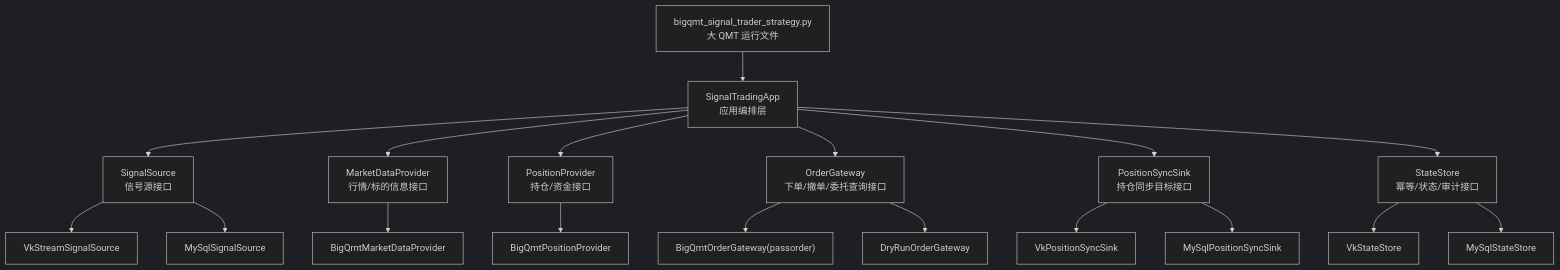
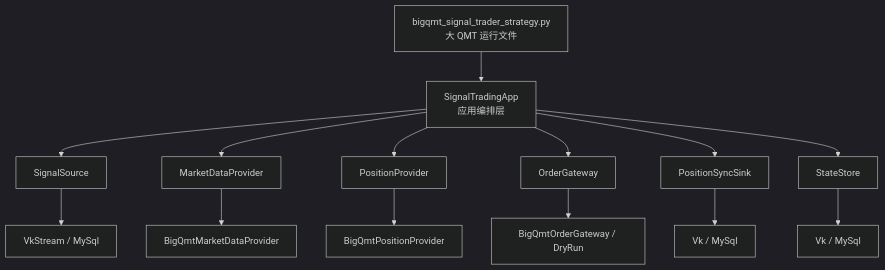
One commit to evilpapa/xtquant-big-convert changed the second of 3 diagrams in docs/BIGQMT_SIGNAL_TRADER_PLAN.md. Above: the diagram before and after it, drawn with Mermaid (dark theme). The commit also changed other lines of this file and 50 other files, not shown here.

````diff
--- a/docs/BIGQMT_SIGNAL_TRADER_PLAN.md
+++ b/docs/BIGQMT_SIGNAL_TRADER_PLAN.md
@@ -85,20 +36,10 @@
 ```mermaid
 flowchart TB
     R["bigqmt_signal_trader_strategy.py\n大 QMT 运行文件"] --> A["SignalTradingApp\n应用编排层"]
-    A --> S["SignalSource\n信号源接口"]
-    A --> M["MarketDataProvider\n行情/标的信息接口"]
-    A --> P["PositionProvider\n持仓/资金接口"]
-    A --> O["OrderGateway\n下单/撤单/委托查询接口"]
-    A --> Y["PositionSyncSink\n持仓同步目标接口"]
-    A --> T["StateStore\n幂等/状态/审计接口"]
-    S --> S1["VkStreamSignalSource"]
-    S --> S2["MySqlSignalSource"]
-    M --> M1["BigQmtMarketDataProvider"]
-    P --> P1["BigQmtPositionProvider"]
-    O --> O1["BigQmtOrderGateway(passorder)"]
-    O --> O2["DryRunOrderGateway"]
-    Y --> Y1["VkPositionSyncSink"]
-    Y --> Y2["MySqlPositionSyncSink"]
-    T --> T1["VkStateStore"]
-    T --> T2["MySqlStateStore"]
+    A --> S["SignalSource"] --> S1["VkStream / MySql"]
+    A --> M["MarketDataProvider"] --> M1["BigQmtMarketDataProvider"]
+    A --> P["PositionProvider"] --> P1["BigQmtPositionProvider"]
+    A --> O["OrderGateway"] --> O1["BigQmtOrderGateway / DryRun"]
+    A --> Y["PositionSyncSink"] --> Y1["Vk / MySql"]
+    A --> T["StateStore"] --> T1["Vk / MySql"]
 ```
````
